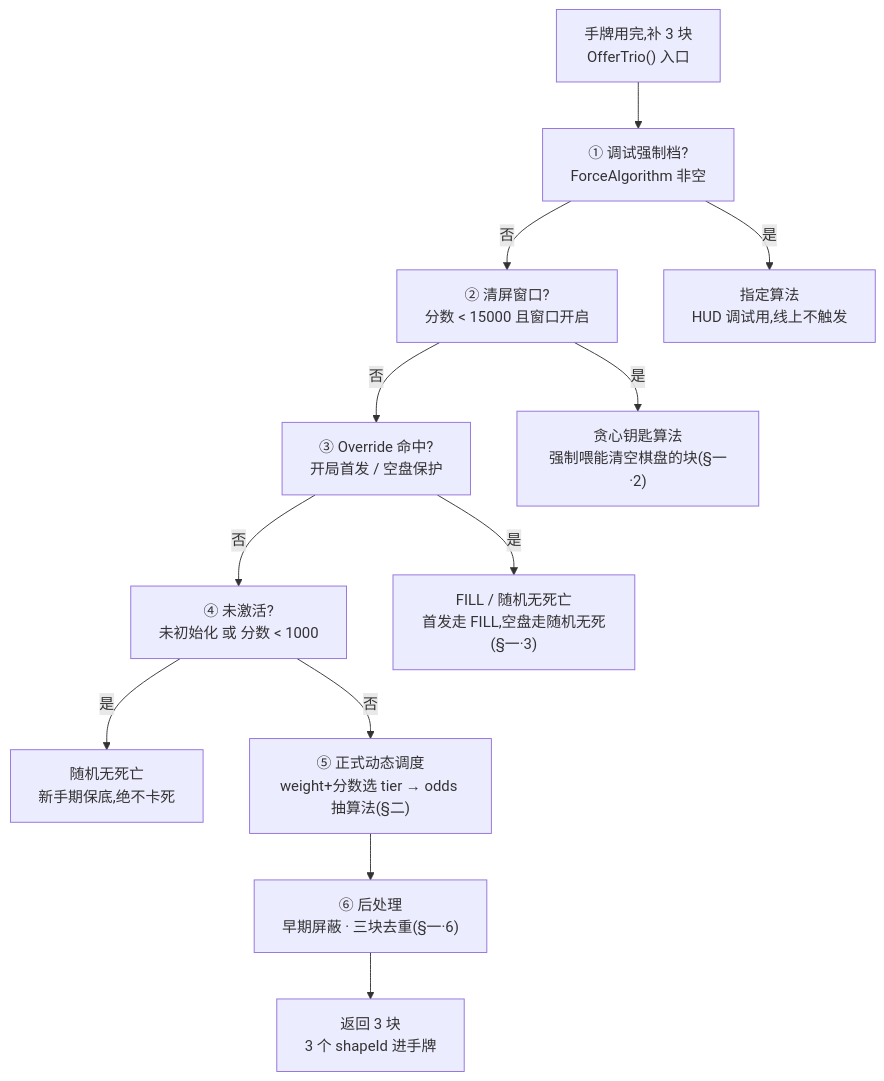
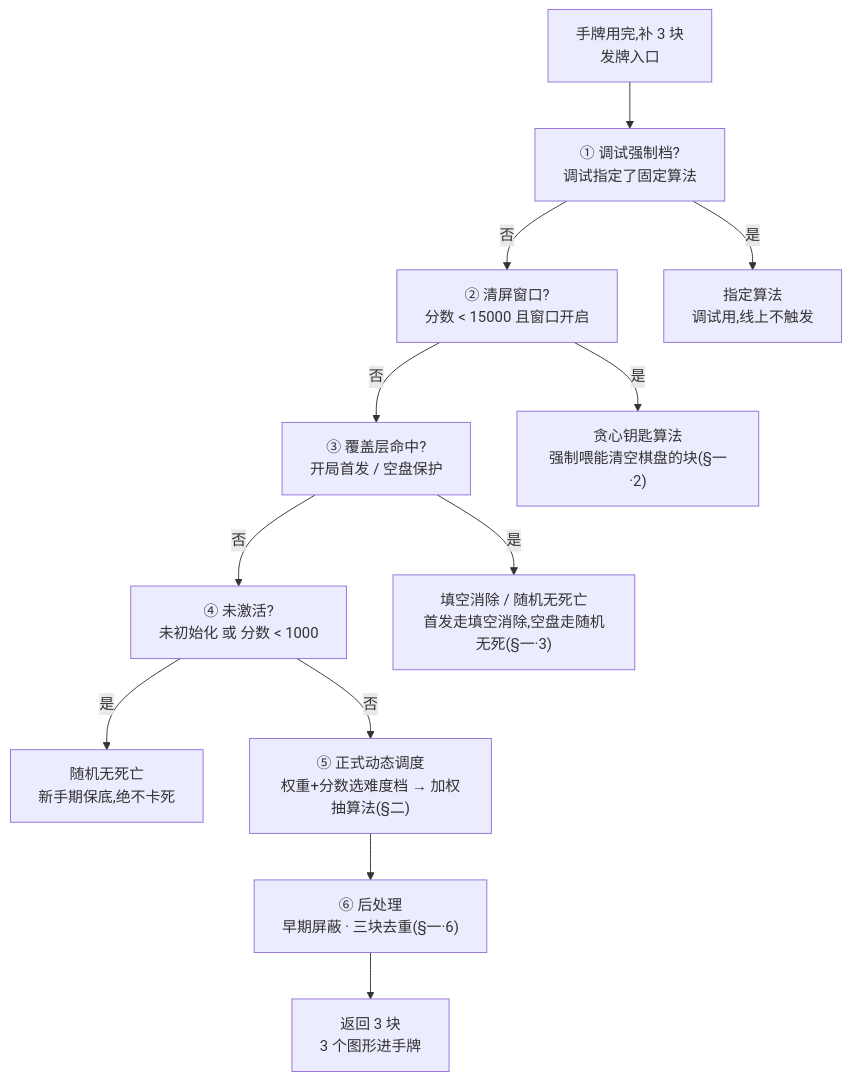
One commit to zhoupeng921101/TEngine_zp changed the first of 2 diagrams in UnityProject/design-docs/02-dynamic-difficulty.md. Above: the diagram before and after it, drawn with Mermaid. The commit also changed other lines of this file and 20 other files, not shown here.

````diff
--- a/UnityProject/design-docs/02-dynamic-difficulty.md
+++ b/UnityProject/design-docs/02-dynamic-difficulty.md
@@ -15,26 +15,26 @@
 ```mermaid
 flowchart TD
-    e1["手牌用完,补 3 块<br/>OfferTrio() 入口"]
-    q1["① 调试强制档?<br/>ForceAlgorithm 非空"]
+    e1["手牌用完,补 3 块<br/>发牌入口"]
+    q1["① 调试强制档?<br/>调试指定了固定算法"]
     q2["② 清屏窗口?<br/>分数 &lt; 15000 且窗口开启"]
-    q3["③ Override 命中?<br/>开局首发 / 空盘保护"]
+    q3["③ 覆盖层命中?<br/>开局首发 / 空盘保护"]
     q4["④ 未激活?<br/>未初始化 或 分数 &lt; 1000"]
-    o1["指定算法<br/>HUD 调试用,线上不触发"]
+    o1["指定算法<br/>调试用,线上不触发"]
     o2["贪心钥匙算法<br/>强制喂能清空棋盘的块(§一·2)"]
-    o3["FILL / 随机无死亡<br/>首发走 FILL,空盘走随机无死(§一·3)"]
+    o3["填空消除 / 随机无死亡<br/>首发走填空消除,空盘走随机无死(§一·3)"]
     o4["随机无死亡<br/>新手期保底,绝不卡死"]
-    s5["⑤ 正式动态调度<br/>weight+分数选 tier → odds 抽算法(§二)"]
+    s5["⑤ 正式动态调度<br/>权重+分数选难度档 → 加权抽算法(§二)"]
     s6["⑥ 后处理<br/>早期屏蔽 · 三块去重(§一·6)"]
-    ret["返回 3 块<br/>3 个 shapeId 进手牌"]
+    ret["返回 3 块<br/>3 个图形进手牌"]
     e1 --> q1
     q1 -->|是| o1
     q1 -->|否| q2
     q2 -->|是| o2
     q2 -->|否| q3
     q3 -->|是| o3
     q3 -->|否| q4
     q4 -->|是| o4
     q4 -->|否| s5
     s5 --> s6
     s6 --> ret
 ```
````
